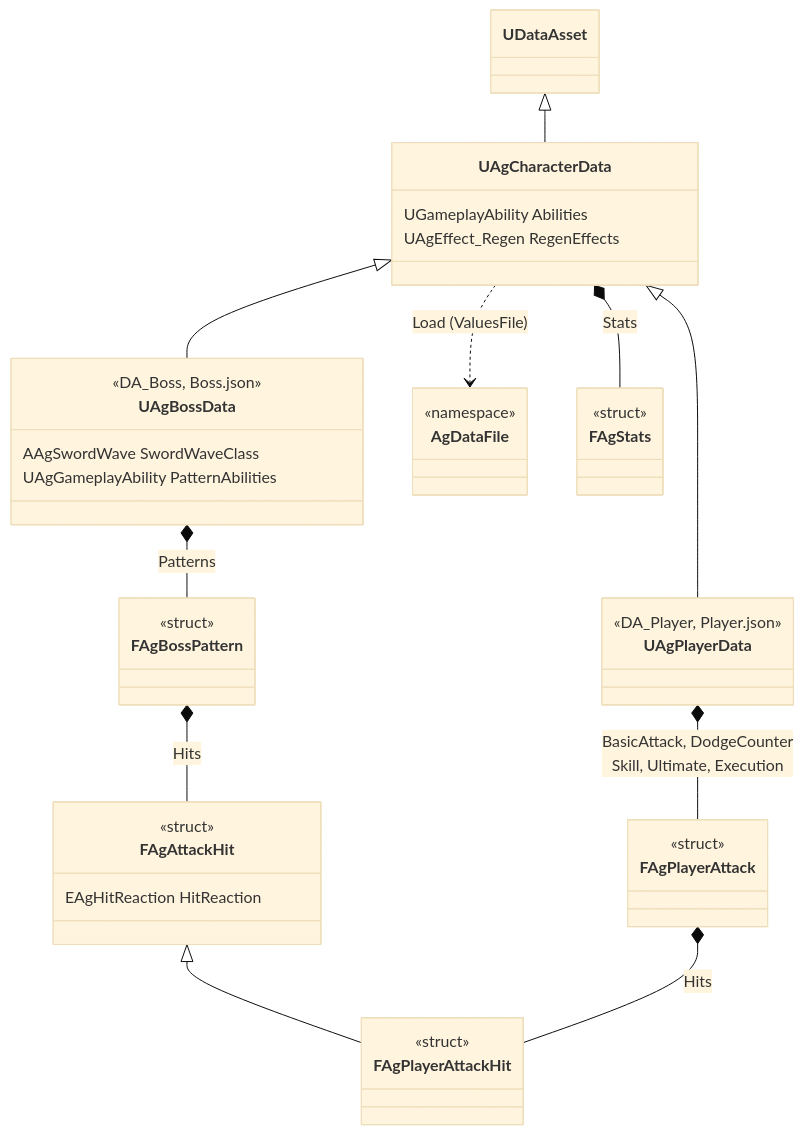
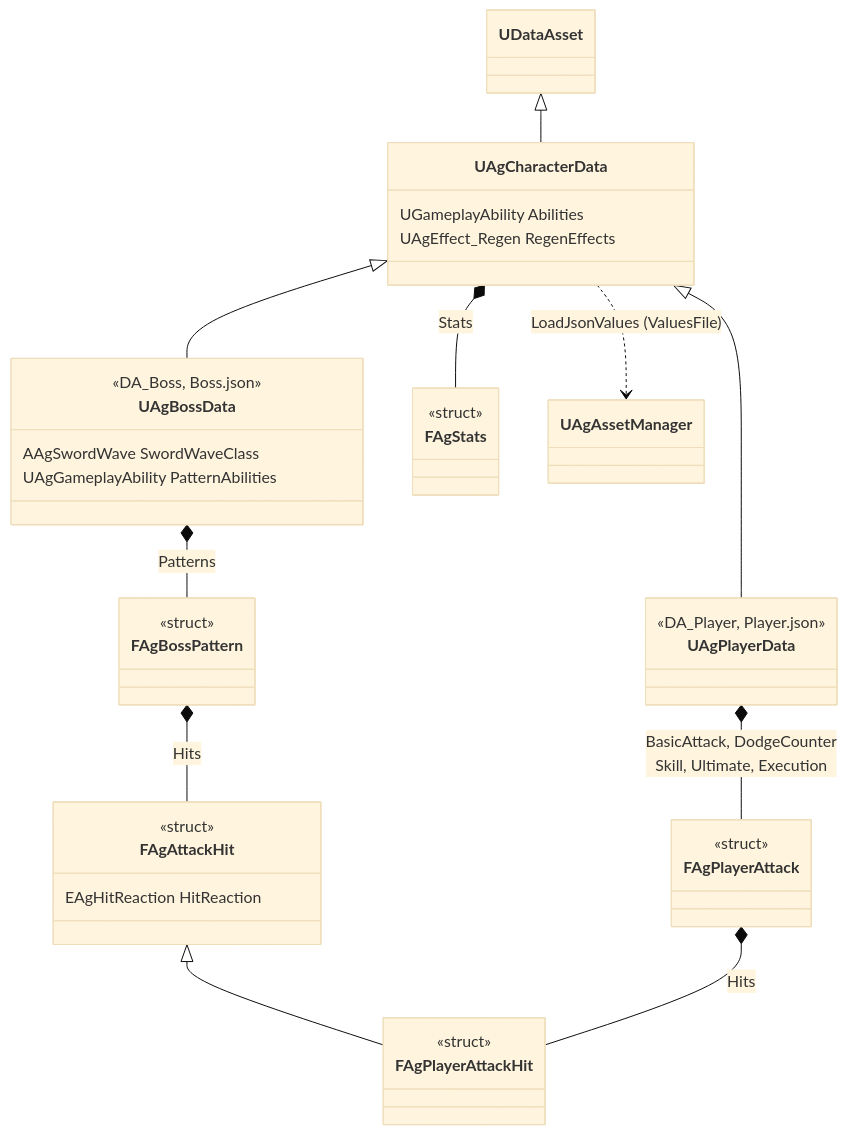
One commit to Woogl/Ag changed diagram 12 of 21 in Docs/Program/클래스 구조도.md. Above: the diagram before and after it, drawn with Mermaid (base theme). The commit also changed other lines of this file and 21 other files, not shown here.

````diff
--- a/Docs/Program/클래스 구조도.md
+++ b/Docs/Program/클래스 구조도.md
@@ -511,46 +511,43 @@
 ```mermaid
 classDiagram
     direction TB
     class UAgCharacterData {
         UGameplayAbility Abilities
         UAgEffect_Regen RegenEffects
     }
     class UAgPlayerData {
         <<DA_Player, Player.json>>
     }
     class UAgBossData {
         <<DA_Boss, Boss.json>>
         AAgSwordWave SwordWaveClass
         UAgGameplayAbility PatternAbilities
-    }
-    class AgDataFile {
-        <<namespace>>
     }
     class FAgStats {
         <<struct>>
     }
     class FAgPlayerAttack {
         <<struct>>
     }
     class FAgBossPattern {
         <<struct>>
     }
     class FAgAttackHit {
         <<struct>>
         EAgHitReaction HitReaction
     }
     class FAgPlayerAttackHit {
         <<struct>>
     }
     UDataAsset <|-- UAgCharacterData
     UAgCharacterData <|-- UAgPlayerData
     UAgCharacterData <|-- UAgBossData
-    UAgCharacterData ..> AgDataFile : Load (ValuesFile)
+    UAgCharacterData ..> UAgAssetManager : LoadJsonValues (ValuesFile)
 
     UAgCharacterData *-- FAgStats : Stats
     UAgPlayerData *-- FAgPlayerAttack : BasicAttack, DodgeCounter<br>Skill, Ultimate, Execution
     UAgBossData *-- FAgBossPattern : Patterns
     FAgAttackHit <|-- FAgPlayerAttackHit
     FAgPlayerAttack *-- FAgPlayerAttackHit : Hits
     FAgBossPattern *-- FAgAttackHit : Hits
 ```
````
